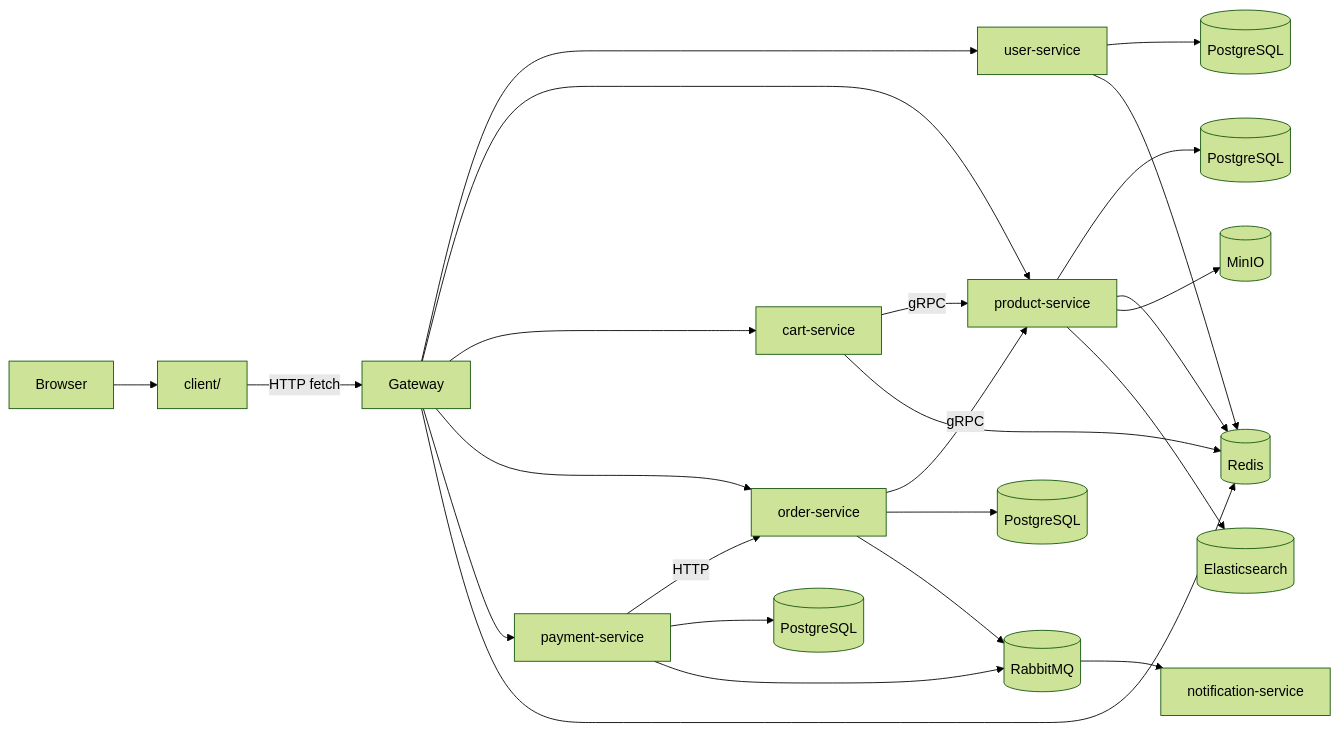
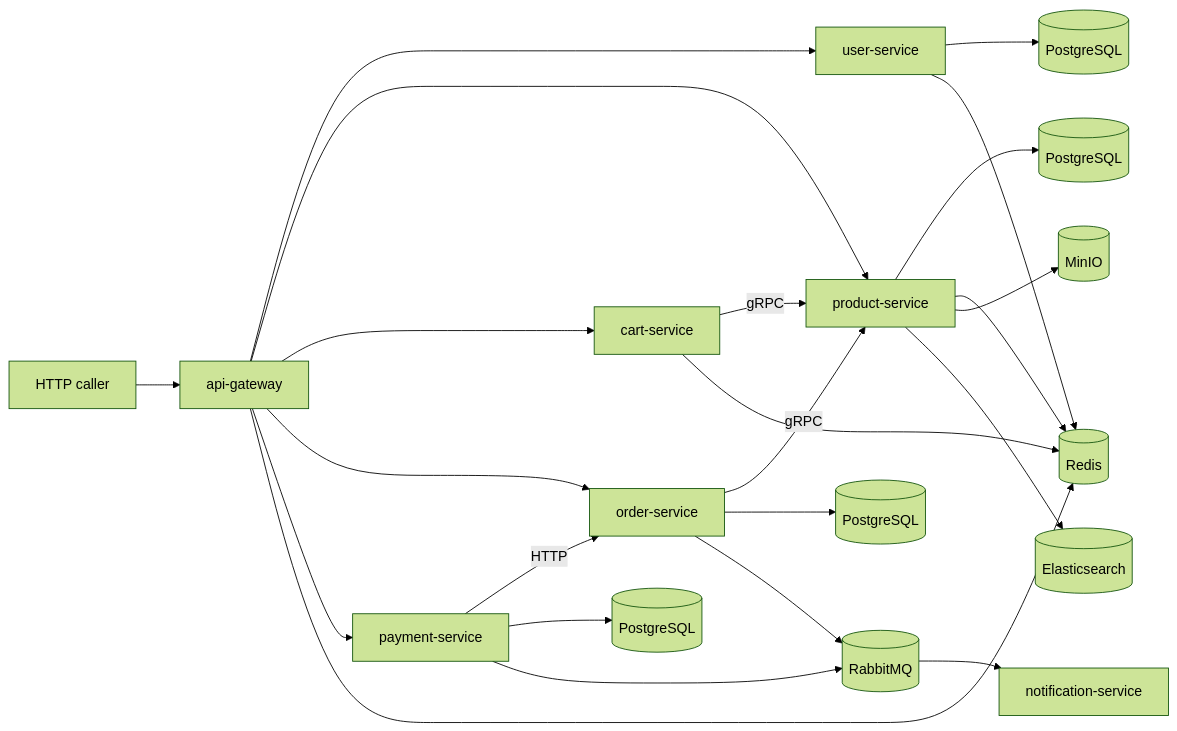
Before and after one commit to NguyenDung278/E-CommerceMicroservicesPlatform: the first of 3 diagrams in LOGIC_FLOW.md, drawn with Mermaid (forest theme). The commit also changed other lines of this file and 7 other files, not shown here.

````diff
--- a/LOGIC_FLOW.md
+++ b/LOGIC_FLOW.md
@@ -33,32 +27,30 @@
 ```mermaid
 flowchart LR
-    Browser --> Client[client/]
-
-    Client -->|HTTP fetch| Gateway
-
+    Caller[HTTP caller] --> Gateway[api-gateway]
     Gateway --> User[user-service]
     Gateway --> Product[product-service]
     Gateway --> Cart[cart-service]
     Gateway --> Order[order-service]
     Gateway --> Payment[payment-service]
 
     Cart -->|gRPC| Product
     Order -->|gRPC| Product
     Payment -->|HTTP| Order
 
     User --> UserDB[(PostgreSQL)]
     Product --> ProductDB[(PostgreSQL)]
     Order --> OrderDB[(PostgreSQL)]
     Payment --> PaymentDB[(PostgreSQL)]
 
     Cart --> Redis[(Redis)]
     Gateway --> Redis
     User --> Redis
     Product --> Redis
+
     Order --> Rabbit[(RabbitMQ)]
     Payment --> Rabbit
     Rabbit --> Notification[notification-service]
 
     Product --> MinIO[(MinIO)]
     Product --> Elastic[(Elasticsearch)]
 ```
````
